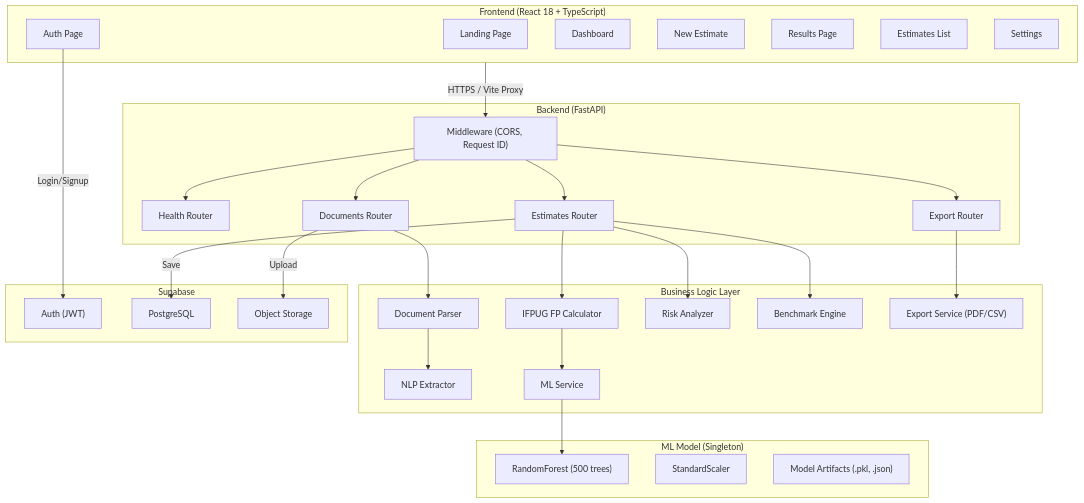
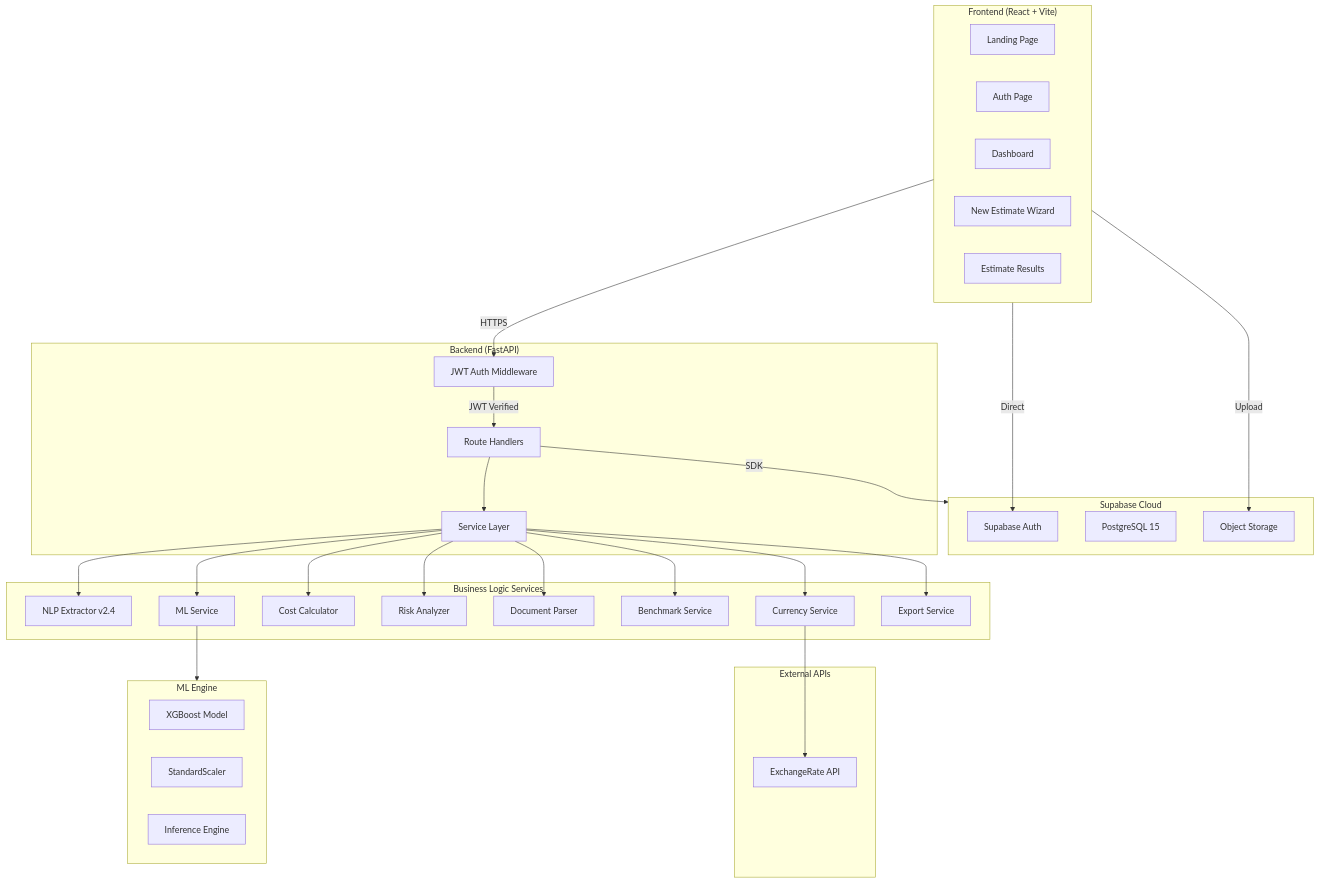
The first of 8 diagrams in docs/walkthrough.md (AtharvS7/PredictIQ), drawn with Mermaid before and after one commit. The commit also changed other lines of this file and 18 other files, not shown here.

````diff
--- a/docs/walkthrough.md
+++ b/docs/walkthrough.md
@@ -146,52 +154,60 @@
 ```mermaid
-flowchart TB
-    subgraph Client ["Frontend (React 18 + TypeScript)"]
+graph TB
+    subgraph CLIENT["Frontend (React + Vite)"]
         LP["Landing Page"]
         AP["Auth Page"]
         DP["Dashboard"]
-        NE["New Estimate"]
-        RP["Results Page"]
-        EP["Estimates List"]
-        SP["Settings"]
+        NE["New Estimate Wizard"]
+        ER["Estimate Results"]
     end
 
-    subgraph API ["Backend (FastAPI)"]
-        MW["Middleware (CORS, Request ID)"]
-        HR["Health Router"]
-        DR["Documents Router"]
-        ER["Estimates Router"]
-        XR["Export Router"]
+    subgraph API["Backend (FastAPI)"]
+        RT["Route Handlers"]
+        SEC["JWT Auth Middleware"]
+        SVC["Service Layer"]
     end
 
-    subgraph Services ["Business Logic Layer"]
-        DocP["Document Parser"]
-        NLP["NLP Extractor"]
-        FPA["IFPUG FP Calculator"]
+    subgraph SERVICES["Business Logic Services"]
+        NLP["NLP Extractor v2.4"]
         MLS["ML Service"]
+        CC["Cost Calculator"]
         RA["Risk Analyzer"]
-        BM["Benchmark Engine"]
-        EXP["Export Service (PDF/CSV)"]
+        DP2["Document Parser"]
+        BM["Benchmark Service"]
+        CS["Currency Service"]
+        EX["Export Service"]
     end
 
-    subgraph ML ["ML Model (Singleton)"]
-        RF["RandomForest (500 trees)"]
-        SC["StandardScaler"]
-        ART["Model Artifacts (.pkl, .json)"]
+    subgraph ML["ML Engine"]
+        XGB["XGBoost Model"]
+        SCL["StandardScaler"]
+        INF["Inference Engine"]
     end
 
-    subgraph Data ["Supabase"]
-        AUTH["Auth (JWT)"]
-        PG["PostgreSQL"]
+    subgraph SUPABASE["Supabase Cloud"]
+        AUTH["Supabase Auth"]
+        DB["PostgreSQL 15"]
         STR["Object Storage"]
     end
 
-    Client -->|HTTPS / Vite Proxy| MW
-    MW --> HR & DR & ER & XR
-    DR --> DocP --> NLP
-    ER --> FPA --> MLS --> RF
-    ER --> RA & BM
-    XR --> EXP
-    ER -->|Save| PG
-    DR -->|Upload| STR
-    AP -->|Login/Signup| AUTH
+    subgraph EXTERNAL["External APIs"]
+        ERA["ExchangeRate API"]
+    end
+
+    CLIENT -->|HTTPS| SEC
+    SEC -->|JWT Verified| RT
+    RT --> SVC
+    SVC --> NLP
+    SVC --> MLS
+    SVC --> CC
+    SVC --> RA
+    SVC --> DP2
+    SVC --> BM
+    SVC --> CS
+    SVC --> EX
+    MLS --> ML
+    CS --> ERA
+    RT -->|SDK| SUPABASE
+    CLIENT -->|Direct| AUTH
+    CLIENT -->|Upload| STR
 ```
````
